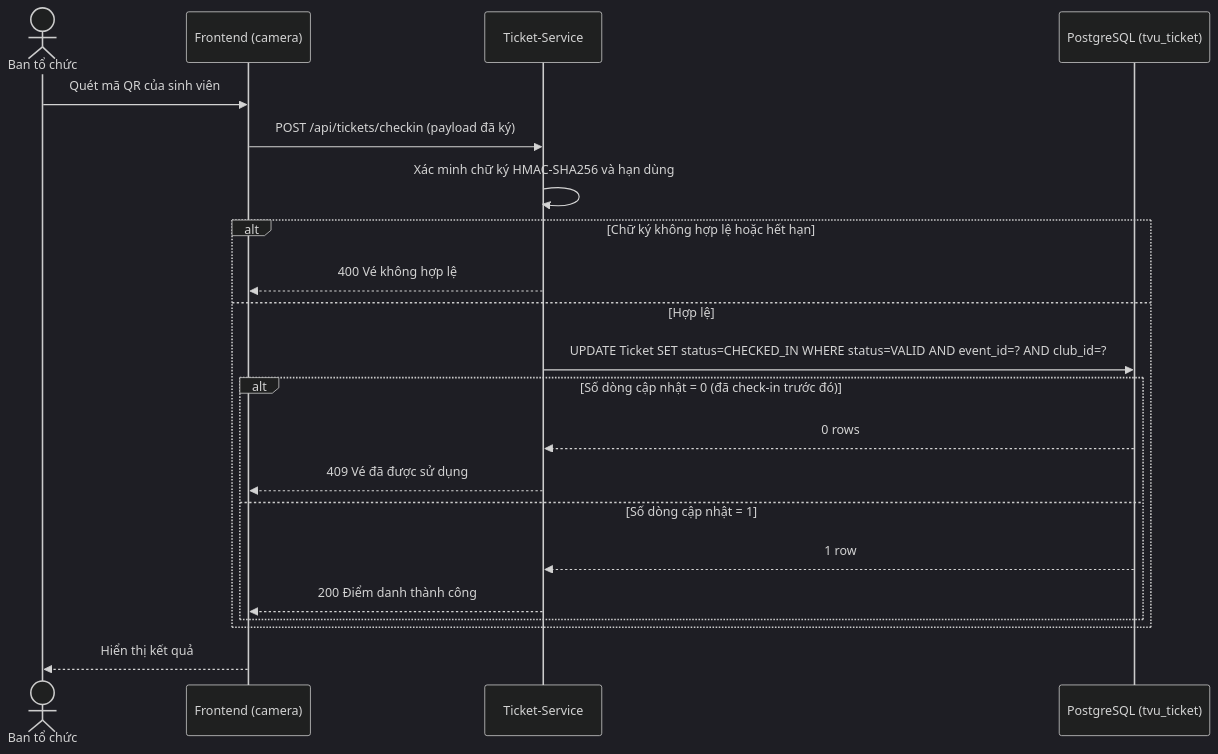
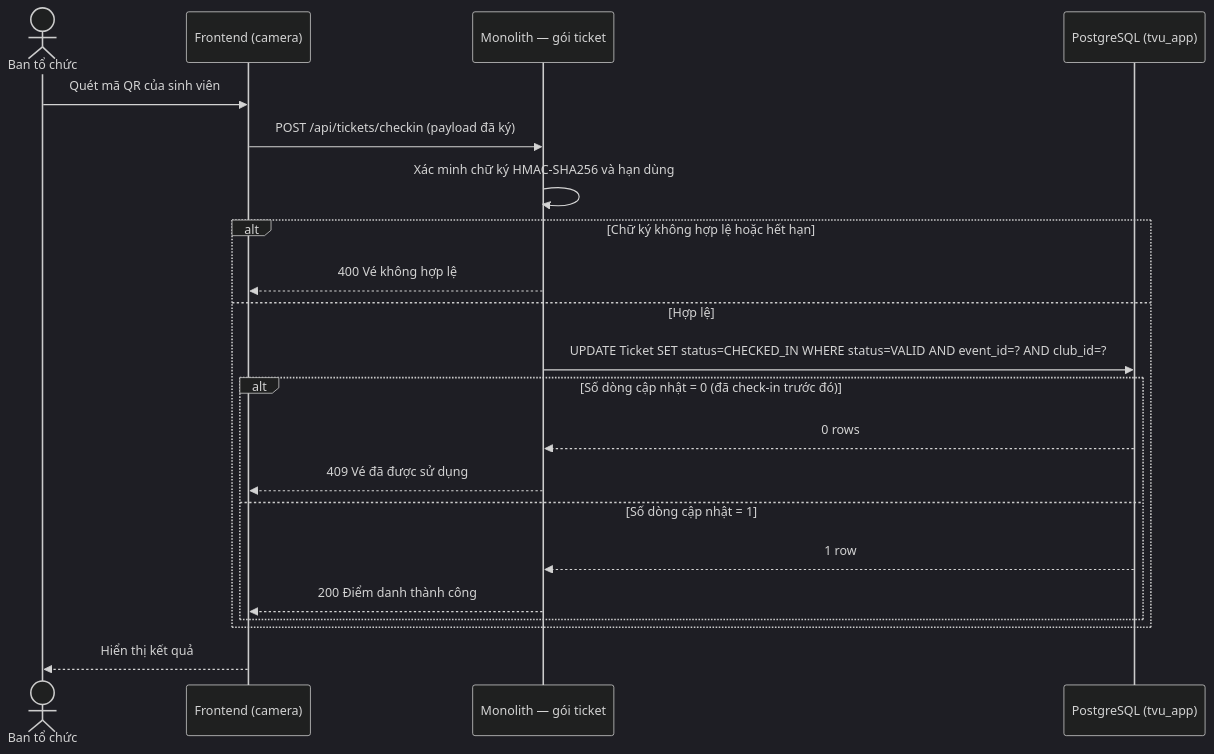
Before and after one commit to trhlow/TVU-Event-Ticket: the sixth of 10 diagrams in SO_DO_UML_TVU_Event_Ticketing.md, drawn with Mermaid (dark theme). The commit also changed other lines of this file and 115 other files, not shown here.

````diff
--- a/SO_DO_UML_TVU_Event_Ticketing.md
+++ b/SO_DO_UML_TVU_Event_Ticketing.md
@@ -256,24 +260,24 @@
 ```mermaid
 sequenceDiagram
     actor BTC as Ban tổ chức
     participant FE as Frontend (camera)
-    participant TS as Ticket-Service
-    participant DB as PostgreSQL (tvu_ticket)
+    participant TS as Monolith — gói ticket
+    participant DB as PostgreSQL (tvu_app)
 
     BTC->>FE: Quét mã QR của sinh viên
     FE->>TS: POST /api/tickets/checkin (payload đã ký)
     TS->>TS: Xác minh chữ ký HMAC-SHA256 và hạn dùng
     alt Chữ ký không hợp lệ hoặc hết hạn
         TS-->>FE: 400 Vé không hợp lệ
     else Hợp lệ
         TS->>DB: UPDATE Ticket SET status=CHECKED_IN WHERE status=VALID AND event_id=? AND club_id=?
         alt Số dòng cập nhật = 0 (đã check-in trước đó)
             DB-->>TS: 0 rows
             TS-->>FE: 409 Vé đã được sử dụng
         else Số dòng cập nhật = 1
             DB-->>TS: 1 row
             TS-->>FE: 200 Điểm danh thành công
         end
     end
     FE-->>BTC: Hiển thị kết quả
 ```
````
